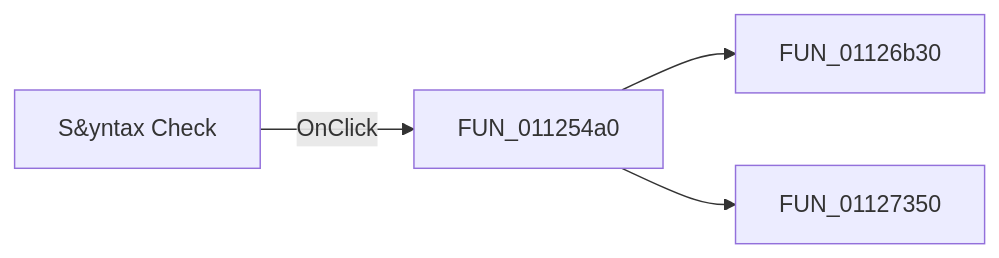
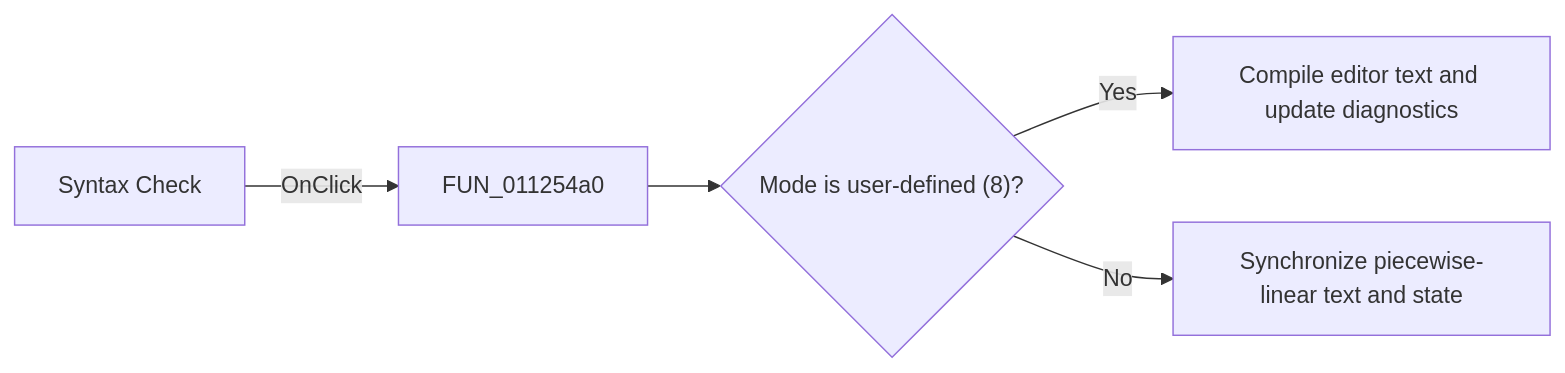
One commit to MovGP0/TIARA changed the diagram in docs/ui-controls/signaleditordlg/pmicompile-5603c89671.md. Above: the diagram before and after it, drawn with Mermaid. The commit also changed other lines of this file and 1062 other files, not shown here.

````diff
--- a/docs/ui-controls/signaleditordlg/pmicompile-5603c89671.md
+++ b/docs/ui-controls/signaleditordlg/pmicompile-5603c89671.md
@@ -27,6 +34,7 @@
 ```mermaid
 flowchart LR
-    control["S&yntax Check"] -->|OnClick| handler["FUN_011254a0"]
-    handler --> call1["FUN_01126b30"]
-    handler --> call2["FUN_01127350"]
+    control["Syntax Check"] -->|"OnClick"| handler["FUN_011254a0"]
+    handler --> mode{"Mode is user-defined (8)?"}
+    mode -->|"Yes"| compile["Compile editor text and update diagnostics"]
+    mode -->|"No"| sync["Synchronize piecewise-linear text and state"]
 ```
````
